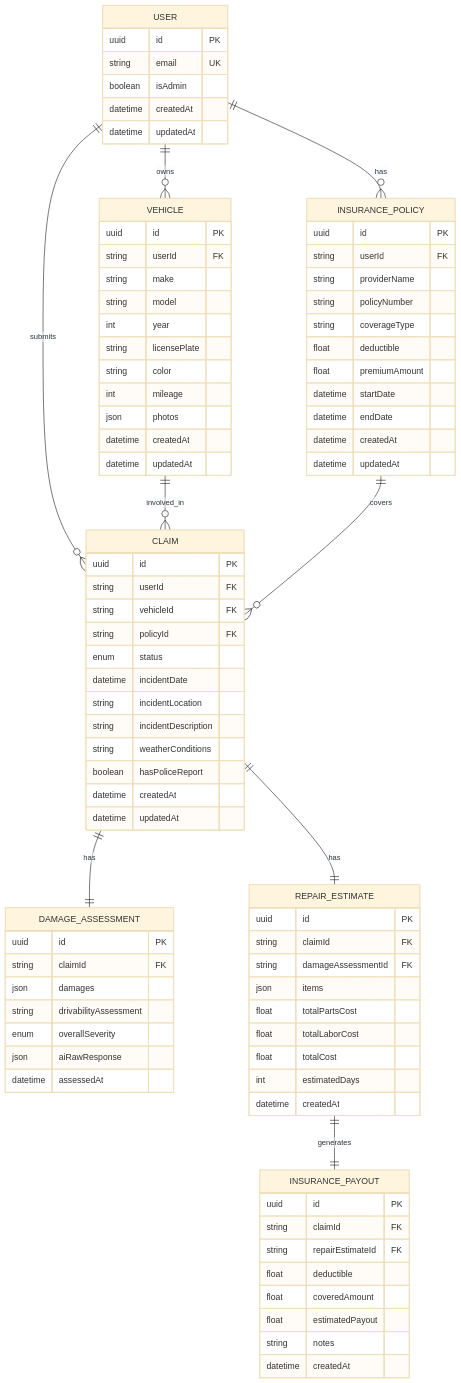
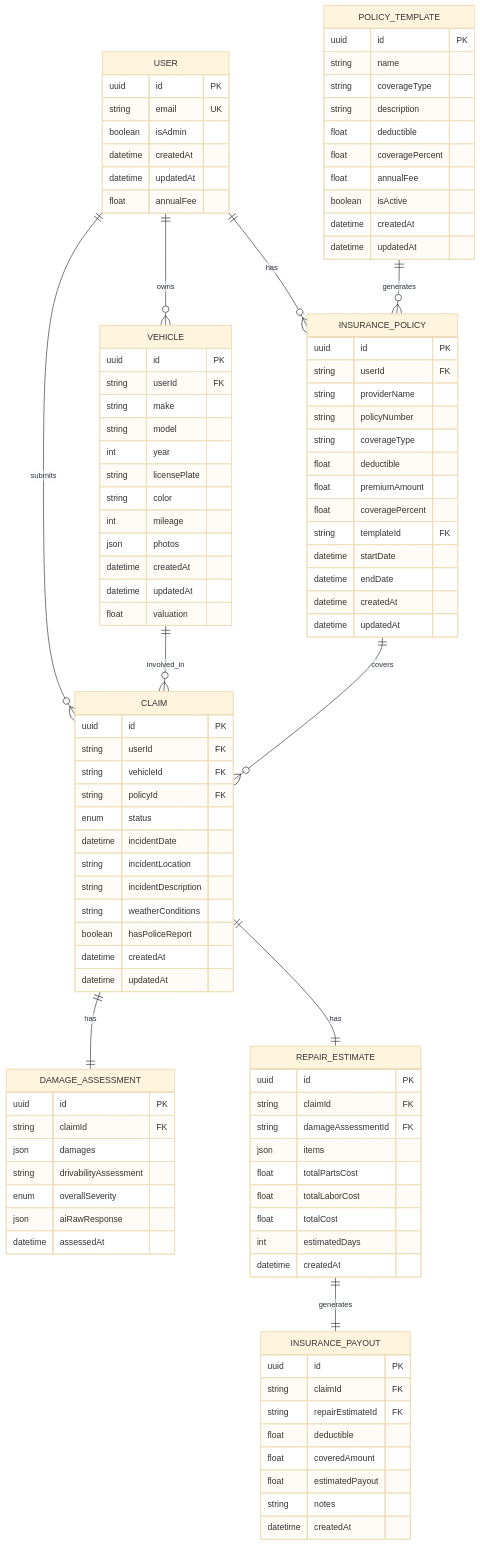
Before and after one commit to NaveenHiranya/Smart-Vehicle-Insurance-Claim-System: the eighth of 8 diagrams in .qoder/repowiki/en/content/Business Logic Layer/Policy Management System.md, drawn with Mermaid (base theme). The commit also changed other lines of this file and 38 other files, not shown here.

```diff
--- a/.qoder/repowiki/en/content/Business Logic Layer/Policy Management System.md
+++ b/.qoder/repowiki/en/content/Business Logic Layer/Policy Management System.md
@@ -348,6 +413,7 @@
 boolean isAdmin
 datetime createdAt
 datetime updatedAt
+float annualFee
 }
 VEHICLE {
 uuid id PK
@@ -361,6 +427,19 @@
 json photos
 datetime createdAt
 datetime updatedAt
+float valuation
+}
+POLICY_TEMPLATE {
+uuid id PK
+string name
+string coverageType
+string description
+float deductible
+float coveragePercent
+float annualFee
+boolean isActive
+datetime createdAt
+datetime updatedAt
 }
 INSURANCE_POLICY {
 uuid id PK
@@ -370,6 +449,8 @@
 string coverageType
 float deductible
 float premiumAmount
+float coveragePercent
+string templateId FK
 datetime startDate
 datetime endDate
 datetime createdAt
@@ -423,6 +504,7 @@
 USER ||--o{ INSURANCE_POLICY : has
 USER ||--o{ CLAIM : submits
 VEHICLE ||--o{ CLAIM : involved_in
+POLICY_TEMPLATE ||--o{ INSURANCE_POLICY : generates
 INSURANCE_POLICY ||--o{ CLAIM : covers
 CLAIM ||--|| DAMAGE_ASSESSMENT : has
 CLAIM ||--|| REPAIR_ESTIMATE : has
```
